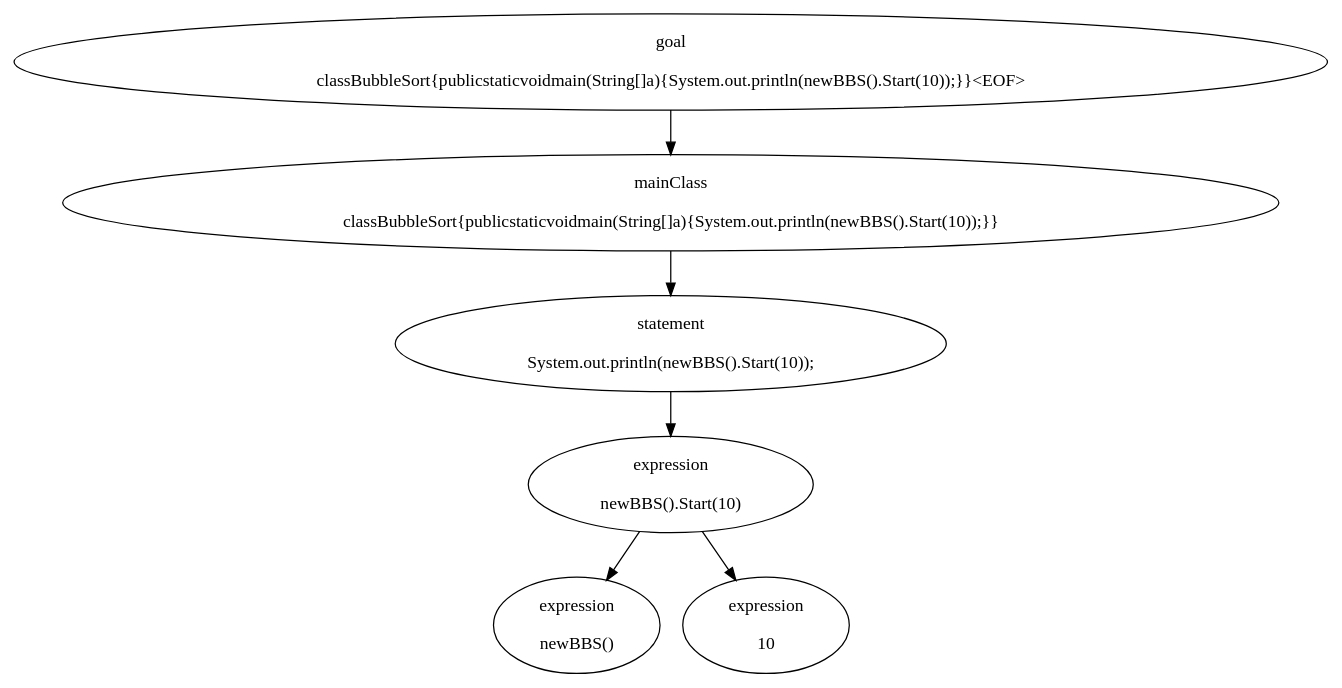
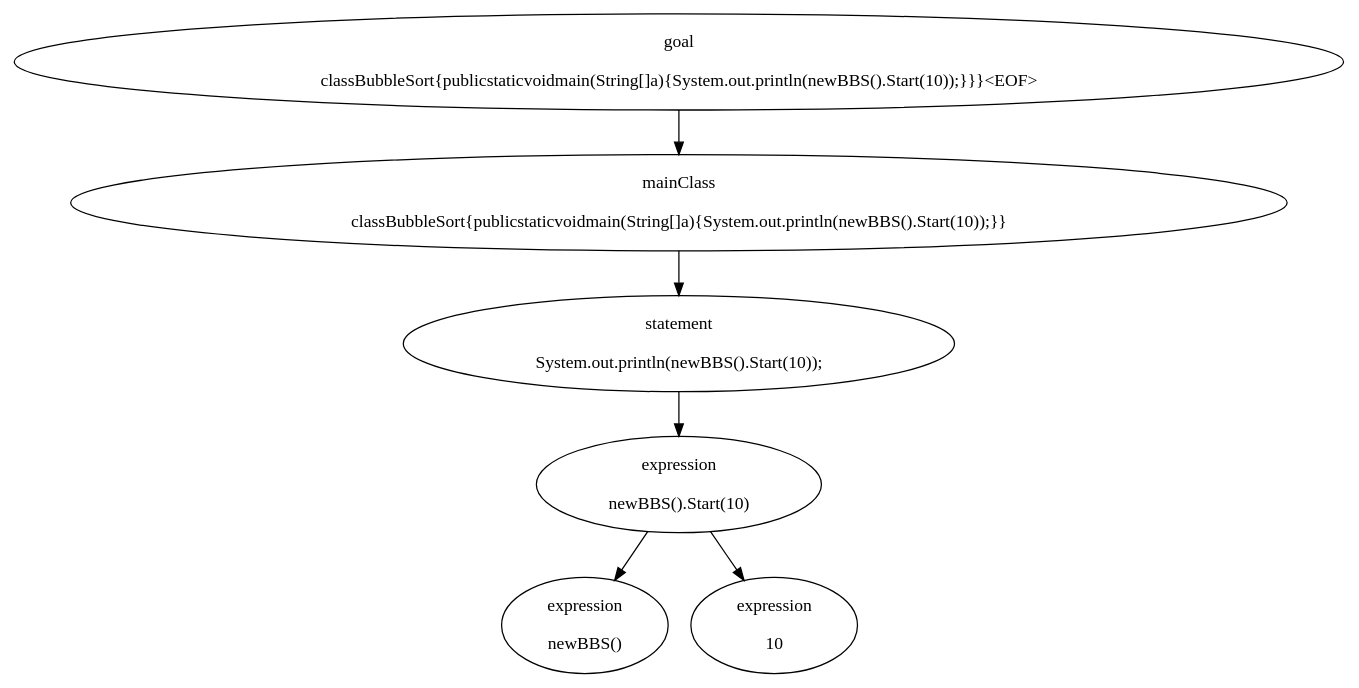
Before and after one commit to yixuan-wei/compileWW: the diagram in src/draw/test.dot, drawn with Graphviz. The commit also changed 6 other files, not shown here.

```diff
--- a/src/draw/test.dot
+++ b/src/draw/test.dot
@@ -1,25 +1,25 @@
 digraph AST{
 00[label="goal
-\n classBubbleSort{publicstaticvoidmain(String[]a){System.out.println(newBBS().Start(10));}}<EOF>
+\n classBubbleSort{publicstaticvoidmain(String[]a){System.out.println(newBBS().Start(10));}}}<EOF>
 "]
 11[label="mainClass
 \n classBubbleSort{publicstaticvoidmain(String[]a){System.out.println(newBBS().Start(10));}}
 "]
 22[label="statement
 \n System.out.println(newBBS().Start(10));
 "]
 33[label="expression
 \n newBBS().Start(10)
 "]
 44[label="expression
 \n newBBS()
 "]
 45[label="expression
 \n 10
 "]
 00->11
 11->22
 22->33
 33->44
 33->45
 }
```
